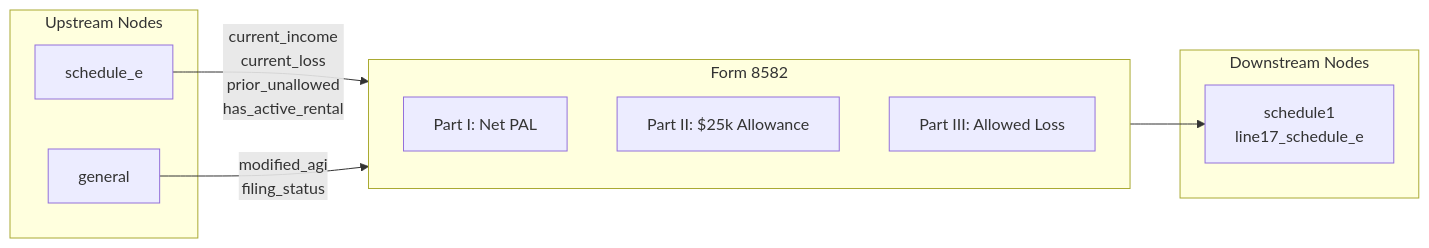
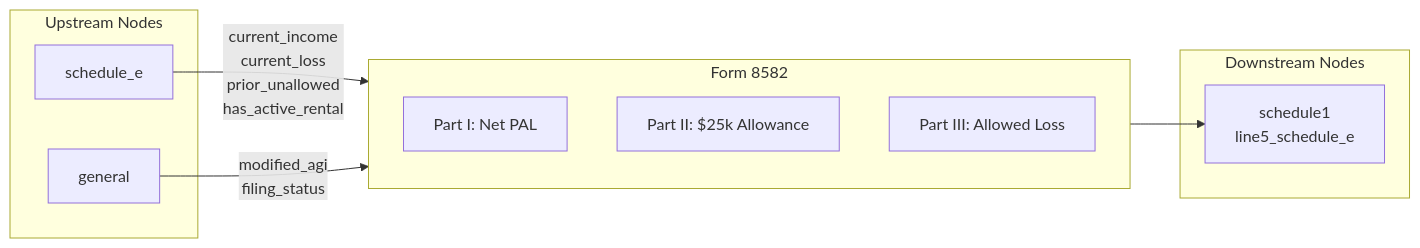
Before and after one commit to filedcom/opentax: the diagram in forms/f1040/nodes/intermediate/forms/form8582/research/context.md, drawn with Mermaid. The commit also changed other lines of this file and 298 other files, not shown here.

````diff
--- a/forms/f1040/nodes/intermediate/forms/form8582/research/context.md
+++ b/forms/f1040/nodes/intermediate/forms/form8582/research/context.md
@@ -65,18 +78,18 @@
 ```mermaid
 flowchart LR
   subgraph inputs["Upstream Nodes"]
     SE[schedule_e]
     GEN[general]
   end
   subgraph form["Form 8582"]
     P1[Part I: Net PAL]
     P2[Part II: $25k Allowance]
     P3[Part III: Allowed Loss]
   end
   subgraph outputs["Downstream Nodes"]
-    S1[schedule1\nline17_schedule_e]
+    S1[schedule1\nline5_schedule_e]
   end
   SE -->|current_income\ncurrent_loss\nprior_unallowed\nhas_active_rental| form
   GEN -->|modified_agi\nfiling_status| form
   form --> S1
 ```
````
